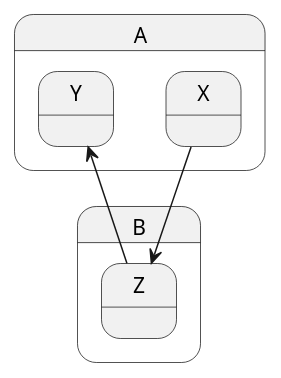
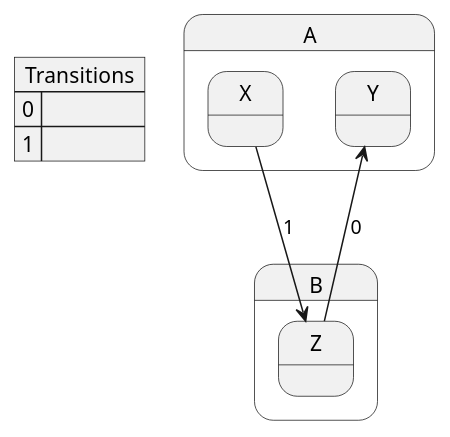
One commit to Konstantin-Dudersky/dataclass_to_diagram_rs changed the diagram in dataclass_to_diagram_rs_test/diagrams/state_machine_4.puml. Above: the diagram before and after it, drawn with PlantUML. The commit also changed 12 other files, not shown here.

```diff
--- a/dataclass_to_diagram_rs_test/diagrams/state_machine_4.puml
+++ b/dataclass_to_diagram_rs_test/diagrams/state_machine_4.puml
@@ -1,14 +1,19 @@
 @startuml
 
 state "A" as A {
     state "X" as X
     state "Y" as Y
 }
 state "B" as B {
     state "Z" as Z
 }
 
-Z --> Y
-X --> Z
+Z --> Y : 0
+X --> Z : 1
+
+json Transitions {
+    "0": "",
+    "1": ""
+}
 
 @enduml
```
